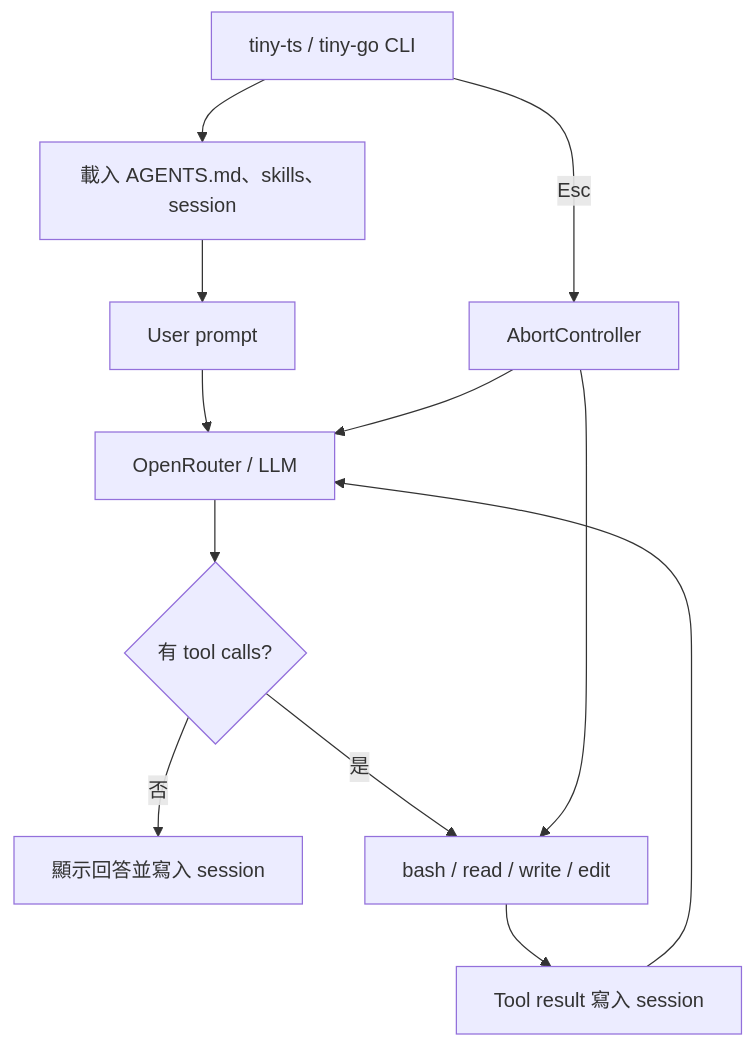
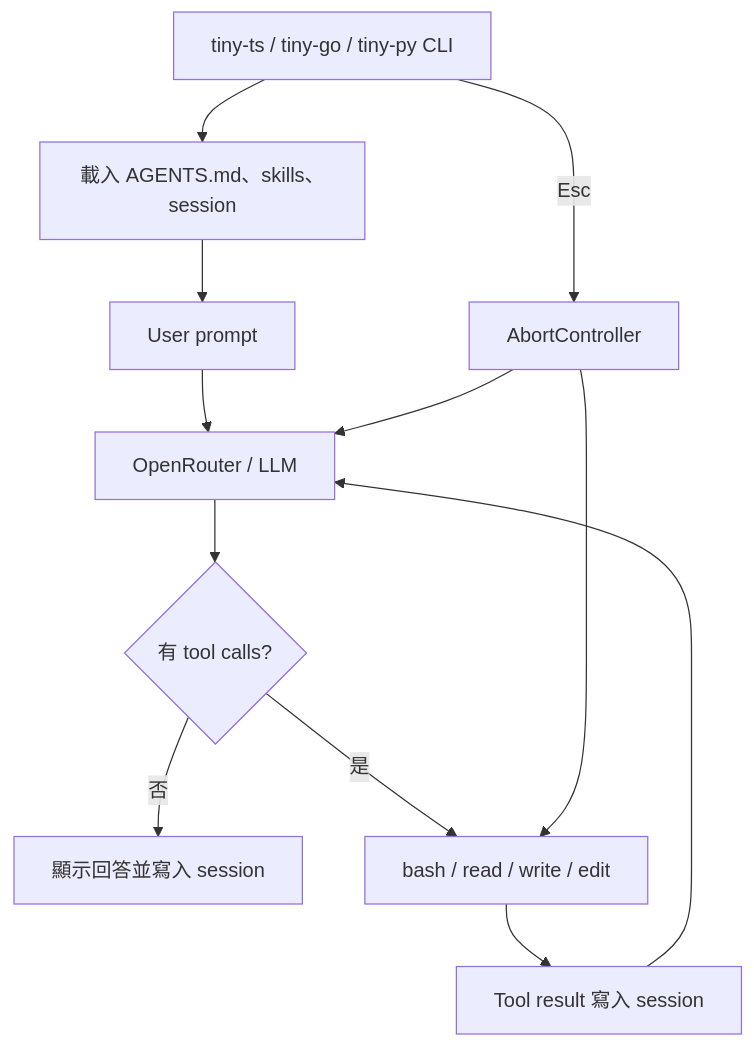
One commit to geminixiang/tiny-agent changed the diagram in README.md. Above: the diagram before and after it, drawn with Mermaid. The commit also changed other lines of this file and 9 other files, not shown here.

````diff
--- a/README.md
+++ b/README.md
@@ -11,14 +11,14 @@
 ```mermaid
 flowchart TD
-    CLI["tiny-ts / tiny-go CLI"] --> Context["載入 AGENTS.md、skills、session"]
+    CLI["tiny-ts / tiny-go / tiny-py CLI"] --> Context["載入 AGENTS.md、skills、session"]
     Context --> User["User prompt"]
     User --> Model["OpenRouter / LLM"]
     Model --> Decision{"有 tool calls?"}
     Decision -- 否 --> Answer["顯示回答並寫入 session"]
     Decision -- 是 --> Tools["bash / read / write / edit"]
     Tools --> Result["Tool result 寫入 session"]
     Result --> Model
     CLI -- Esc --> Abort["AbortController"]
     Abort --> Model
     Abort --> Tools
 ```
````
